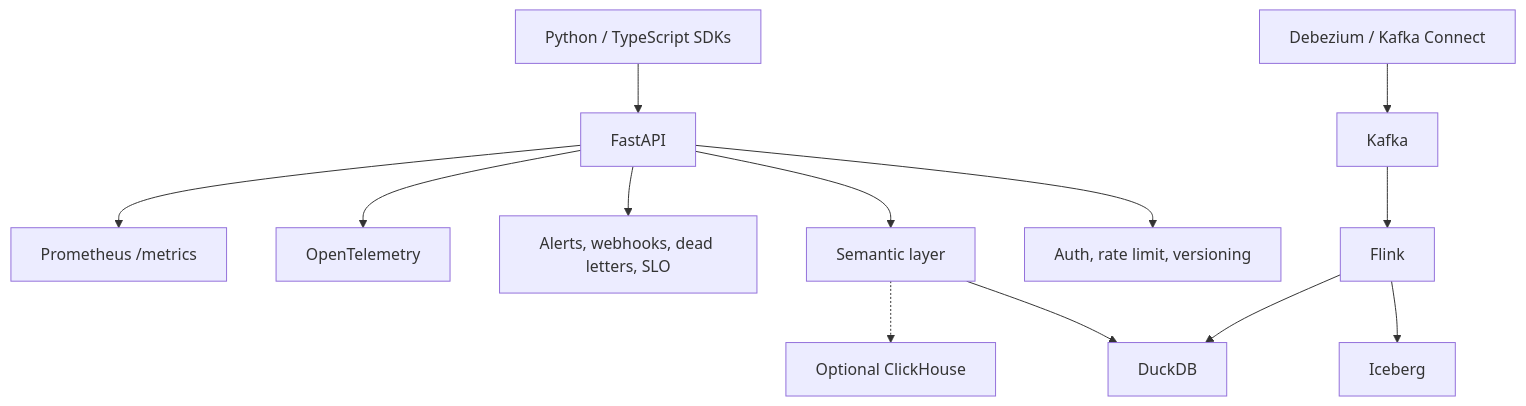
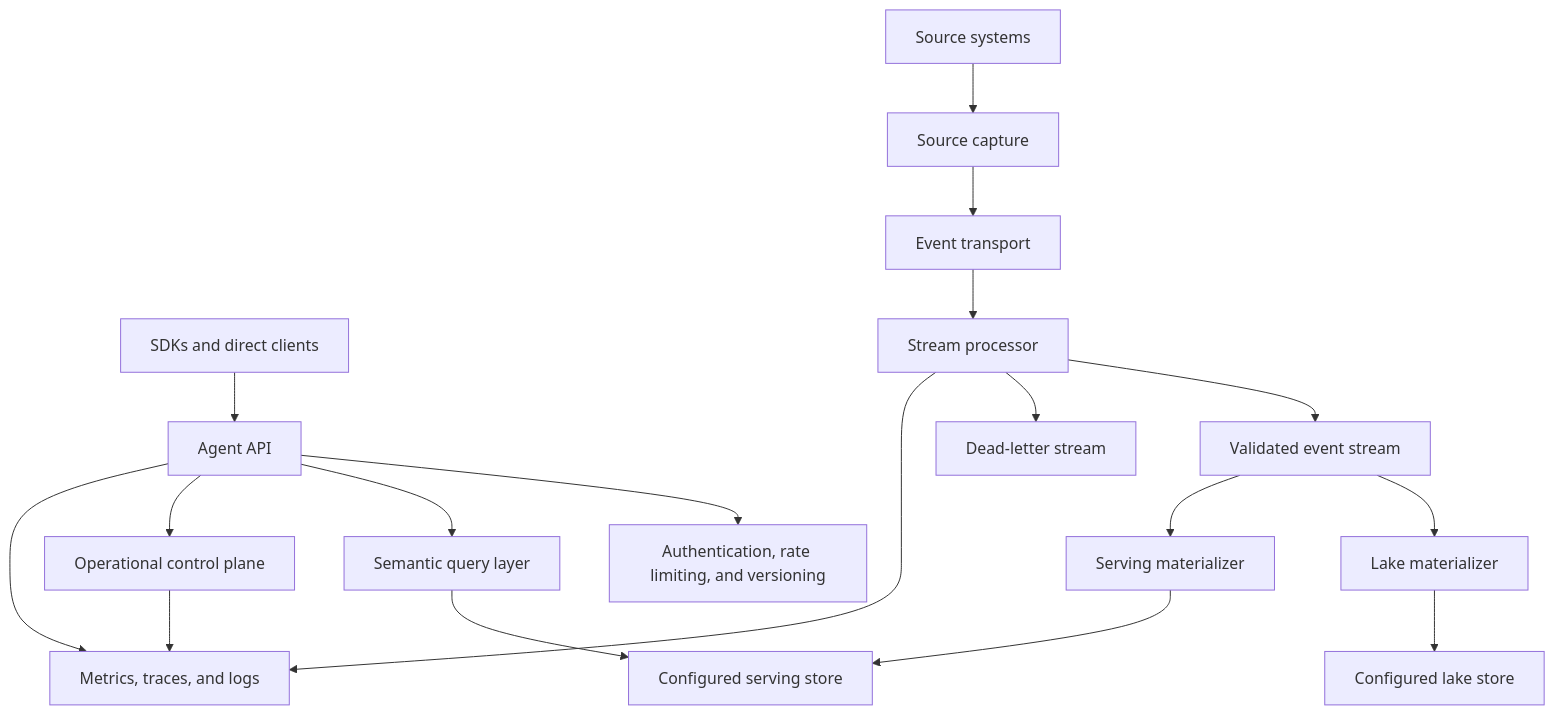
The diagram in docs/components.md (brownjuly2003-code/agentflow), drawn with Mermaid before and after one commit. The commit also changed other lines of this file and 3 other files, not shown here.

Commit message:
docs: separate components walkthrough and architecture reference

````diff
--- a/docs/components.md
+++ b/docs/components.md
@@ -27,15 +12,20 @@
 ```mermaid
 flowchart TB
-    sdk["Python / TypeScript SDKs"] --> api["FastAPI"]
-    api --> auth["Auth, rate limit, versioning"]
-    api --> semantic["Semantic layer"]
-    api --> ops["Alerts, webhooks, dead letters, SLO"]
-    semantic --> duckdb["DuckDB"]
-    semantic -.-> clickhouse["Optional ClickHouse"]
-    kafka["Kafka"] --> flink["Flink"]
-    debezium["Debezium / Kafka Connect"] --> kafka
-    flink --> iceberg["Iceberg"]
-    flink --> duckdb
-    api --> otel["OpenTelemetry"]
-    api --> prom["Prometheus /metrics"]
+    clients["SDKs and direct clients"] --> api["Agent API"]
+    api --> policy["Authentication, rate limiting, and versioning"]
+    api --> semantic["Semantic query layer"]
+    api --> control_plane["Operational control plane"]
+    semantic --> serving_store["Configured serving store"]
+    sources["Source systems"] --> capture["Source capture"]
+    capture --> transport["Event transport"]
+    transport --> processor["Stream processor"]
+    processor --> validated["Validated event stream"]
+    processor --> rejected["Dead-letter stream"]
+    validated --> lake_materializer["Lake materializer"]
+    validated --> serving_materializer["Serving materializer"]
+    lake_materializer --> lake_store["Configured lake store"]
+    serving_materializer --> serving_store
+    api --> telemetry["Metrics, traces, and logs"]
+    processor --> telemetry
+    control_plane --> telemetry
 ```
````
